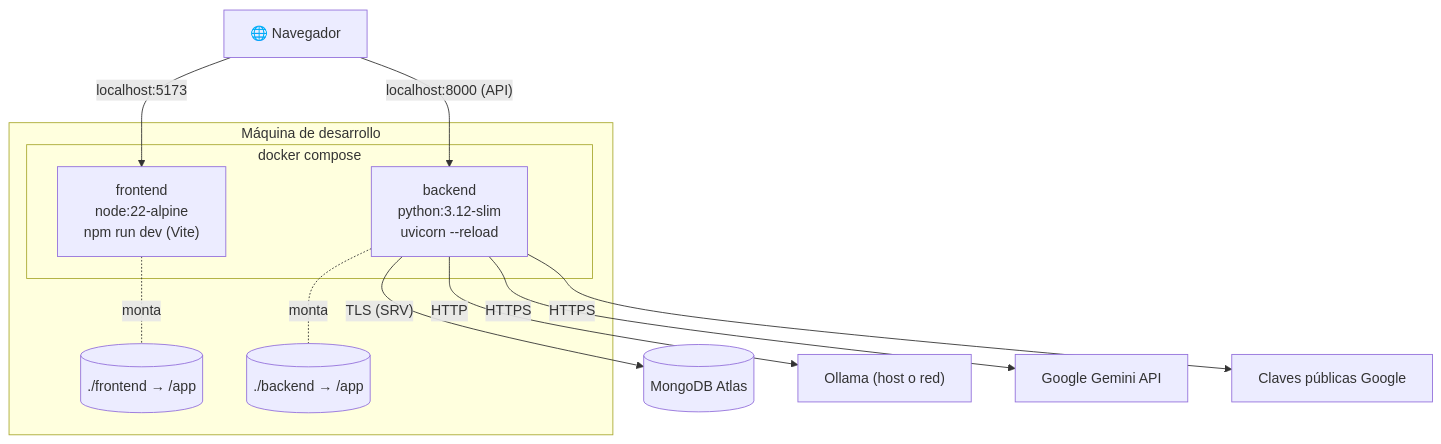
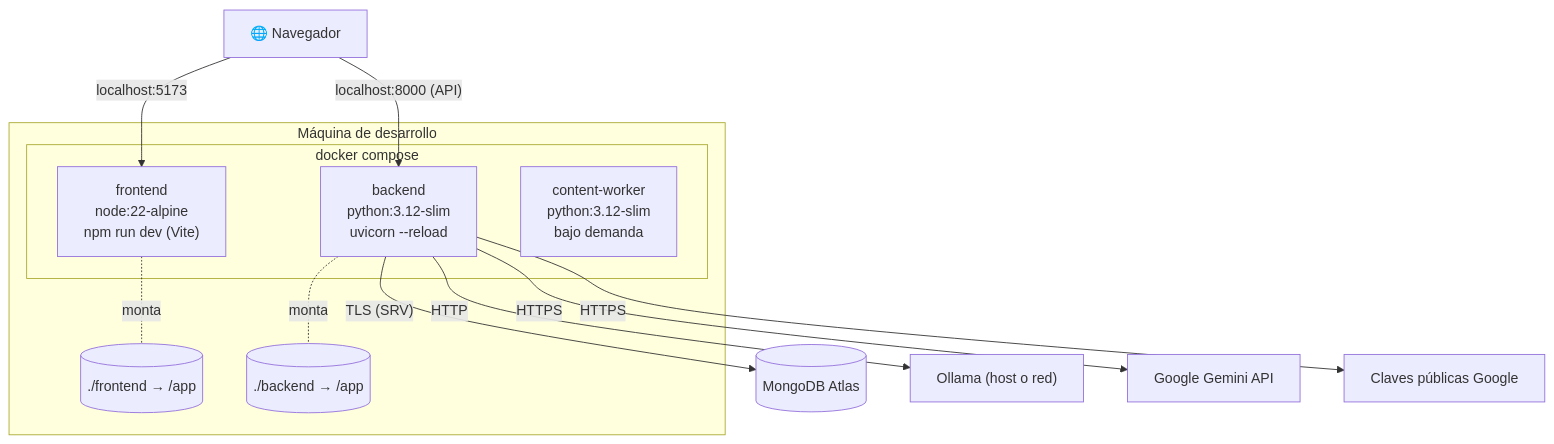
One commit to Lemur-Driver/LemurCopilot changed the diagram in docs/08-despliegue-y-configuracion.md. Above: the diagram before and after it, drawn with Mermaid. The commit also changed other lines of this file and 15 other files, not shown here.

````diff
--- a/docs/08-despliegue-y-configuracion.md
+++ b/docs/08-despliegue-y-configuracion.md
@@ -11,20 +11,21 @@
 ```mermaid
 flowchart TB
     subgraph Host["Máquina de desarrollo"]
         subgraph Compose["docker compose"]
             FE["frontend<br/>node:22-alpine<br/>npm run dev (Vite)"]
             BE["backend<br/>python:3.12-slim<br/>uvicorn --reload"]
+            CW["content-worker<br/>python:3.12-slim<br/>bajo demanda"]
         end
         VOL1[("./frontend → /app")]
         VOL2[("./backend → /app")]
     end
 
     Browser["🌐 Navegador"] -->|"localhost:5173"| FE
     Browser -->|"localhost:8000 (API)"| BE
     FE -.monta.- VOL1
     BE -.monta.- VOL2
     BE -->|"TLS (SRV)"| Atlas[("MongoDB Atlas")]
     BE -->|"HTTP"| Ollama["Ollama (host o red)"]
     BE -->|"HTTPS"| Gemini["Google Gemini API"]
     BE -->|"HTTPS"| GoogleKeys["Claves públicas Google"]
 ```
````
